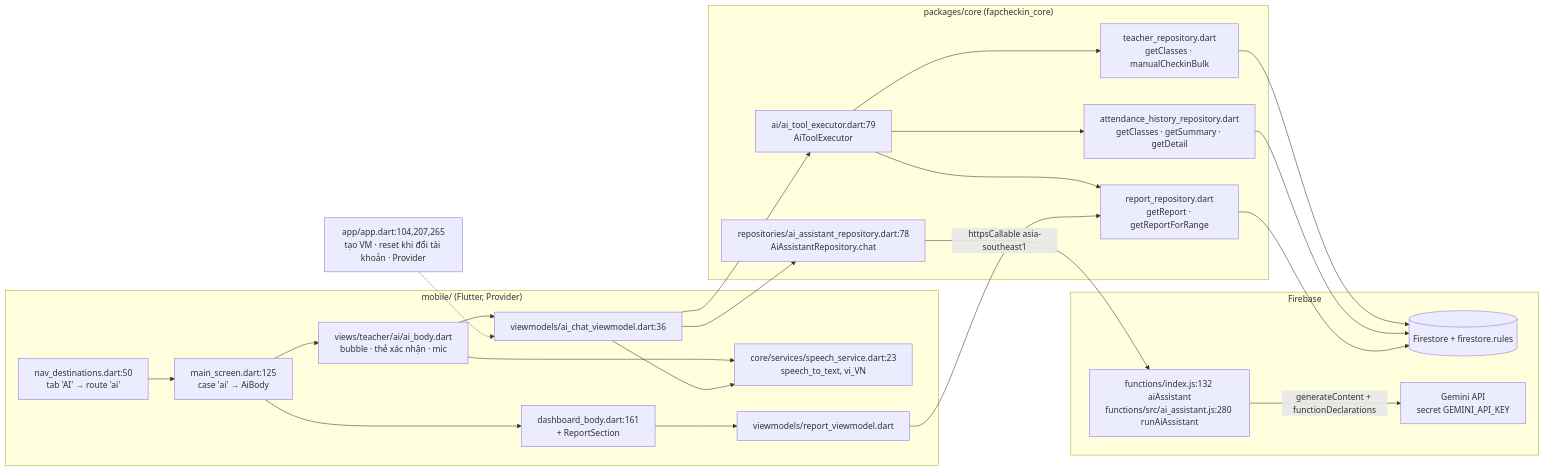
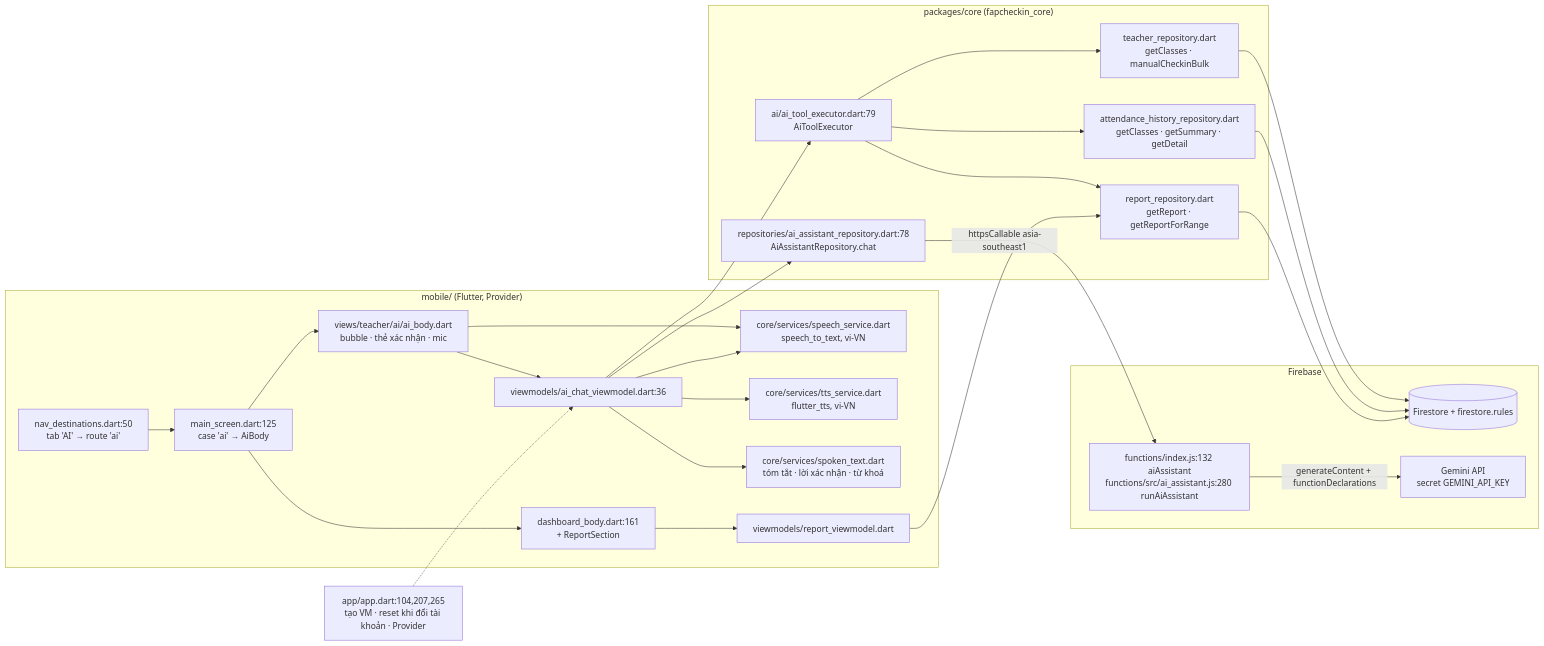
The first of 2 diagrams in docs/ai-assistant.md (ducminh852005/fapcheckin), drawn with Mermaid before and after one commit. The commit also changed other lines of this file and 35 other files, not shown here.

````diff
--- a/docs/ai-assistant.md
+++ b/docs/ai-assistant.md
@@ -14,28 +15,30 @@
 ```mermaid
 flowchart LR
   subgraph App["mobile/ (Flutter, Provider)"]
     NAV["nav_destinations.dart:50<br/>tab 'AI' → route 'ai'"] --> MAIN["main_screen.dart:125<br/>case 'ai' → AiBody"]
     MAIN --> AIBODY["views/teacher/ai/ai_body.dart<br/>bubble · thẻ xác nhận · mic"]
     MAIN --> DASH["dashboard_body.dart:161<br/>+ ReportSection"]
     AIBODY --> VM["viewmodels/ai_chat_viewmodel.dart:36"]
-    AIBODY --> SPEECH["core/services/speech_service.dart:23<br/>speech_to_text, vi_VN"]
+    AIBODY --> SPEECH["core/services/speech_service.dart<br/>speech_to_text, vi-VN"]
+    VM --> TTS["core/services/tts_service.dart<br/>flutter_tts, vi-VN"]
+    VM --> SPOKEN["core/services/spoken_text.dart<br/>tóm tắt · lời xác nhận · từ khoá"]
     VM --> SPEECH
     DASH --> RVM["viewmodels/report_viewmodel.dart"]
   end
   subgraph Core["packages/core (fapcheckin_core)"]
     EXEC["ai/ai_tool_executor.dart:79<br/>AiToolExecutor"]
     AIREPO["repositories/ai_assistant_repository.dart:78<br/>AiAssistantRepository.chat"]
     TREPO["teacher_repository.dart<br/>getClasses · manualCheckinBulk"]
     HREPO["attendance_history_repository.dart<br/>getClasses · getSummary · getDetail"]
     RREPO["report_repository.dart<br/>getReport · getReportForRange"]
   end
   subgraph FB["Firebase"]
     FN["functions/index.js:132 aiAssistant<br/>functions/src/ai_assistant.js:280 runAiAssistant"]
     FS[("Firestore + firestore.rules")]
     GEM["Gemini API<br/>secret GEMINI_API_KEY"]
   end
   VM --> AIREPO -->|"httpsCallable asia-southeast1"| FN -->|"generateContent + functionDeclarations"| GEM
   VM --> EXEC --> TREPO & HREPO & RREPO --> FS
   RVM --> RREPO
   APPDART["app/app.dart:104,207,265<br/>tạo VM · reset khi đổi tài khoản · Provider"] -.-> VM
 ```
````
